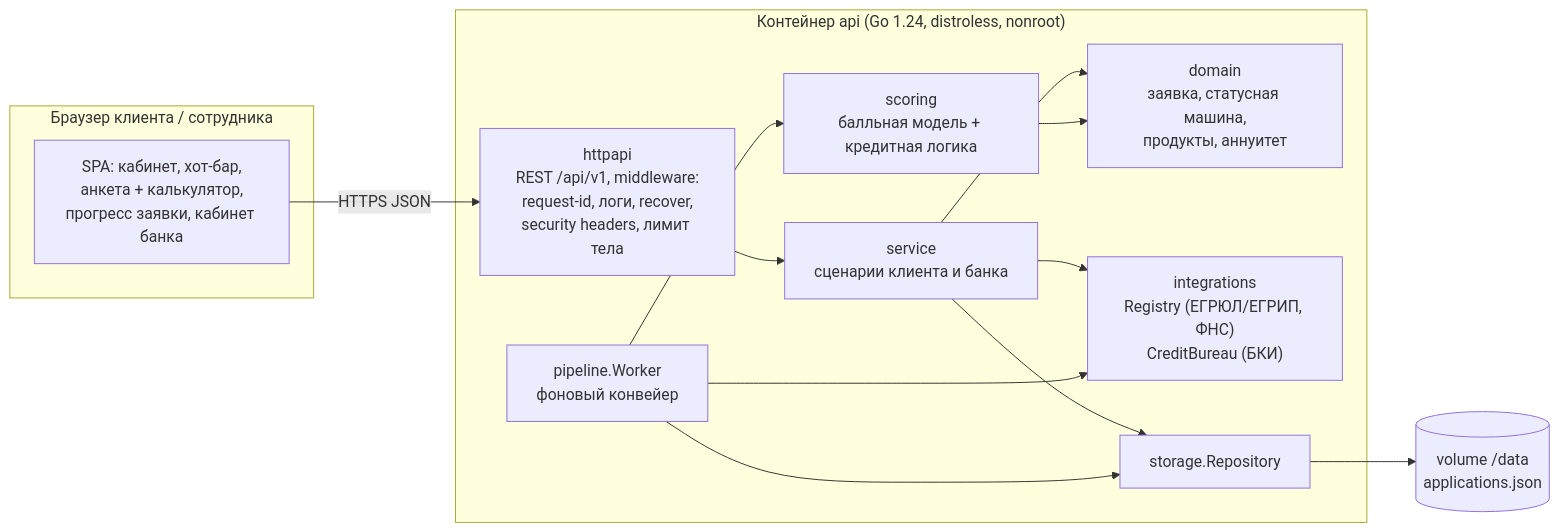
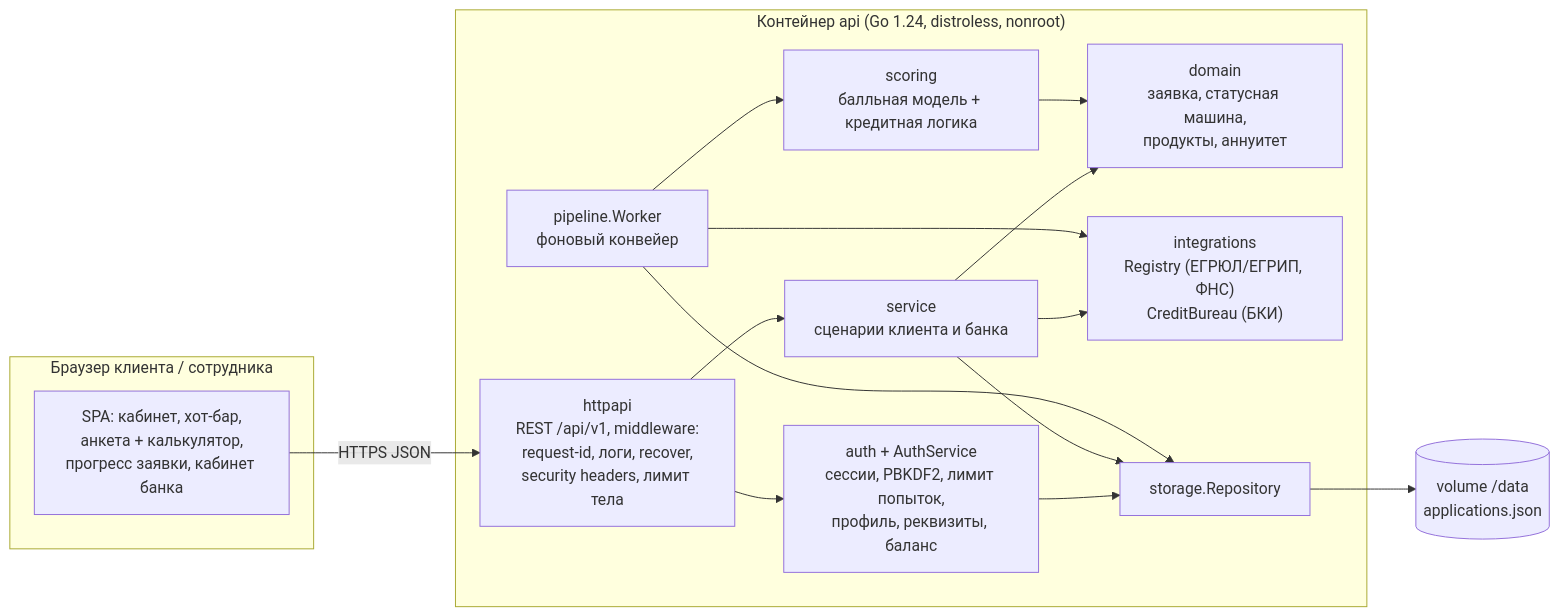
Before and after one commit to xdtqwd/alfa-credit: the first of 5 diagrams in docs/ARCHITECTURE.md, drawn with Mermaid. The commit also changed other lines of this file and 573 other files, not shown here.

````diff
--- a/docs/ARCHITECTURE.md
+++ b/docs/ARCHITECTURE.md
@@ -19,27 +19,29 @@
 ```mermaid
 flowchart LR
   subgraph Client["Браузер клиента / сотрудника"]
     UI["SPA: кабинет, хот-бар,<br/>анкета + калькулятор,<br/>прогресс заявки, кабинет банка"]
   end
 
   subgraph API["Контейнер api (Go 1.24, distroless, nonroot)"]
     HTTP["httpapi<br/>REST /api/v1, middleware:<br/>request-id, логи, recover,<br/>security headers, лимит тела"]
     SVC["service<br/>сценарии клиента и банка"]
     DOM["domain<br/>заявка, статусная машина,<br/>продукты, аннуитет"]
     PIPE["pipeline.Worker<br/>фоновый конвейер"]
     SCR["scoring<br/>балльная модель + кредитная логика"]
     INT["integrations<br/>Registry (ЕГРЮЛ/ЕГРИП, ФНС)<br/>CreditBureau (БКИ)"]
+    AUTH["auth + AuthService<br/>сессии, PBKDF2, лимит попыток,<br/>профиль, реквизиты, баланс"]
     REPO["storage.Repository"]
   end
 
   VOL[("volume /data<br/>applications.json")]
 
   UI -- "HTTPS JSON" --> HTTP
   HTTP --> SVC --> DOM
+  HTTP --> AUTH --> REPO
   SVC --> REPO
   SVC --> INT
   PIPE --> REPO
   PIPE --> INT
   PIPE --> SCR --> DOM
   REPO --> VOL
 ```
````
